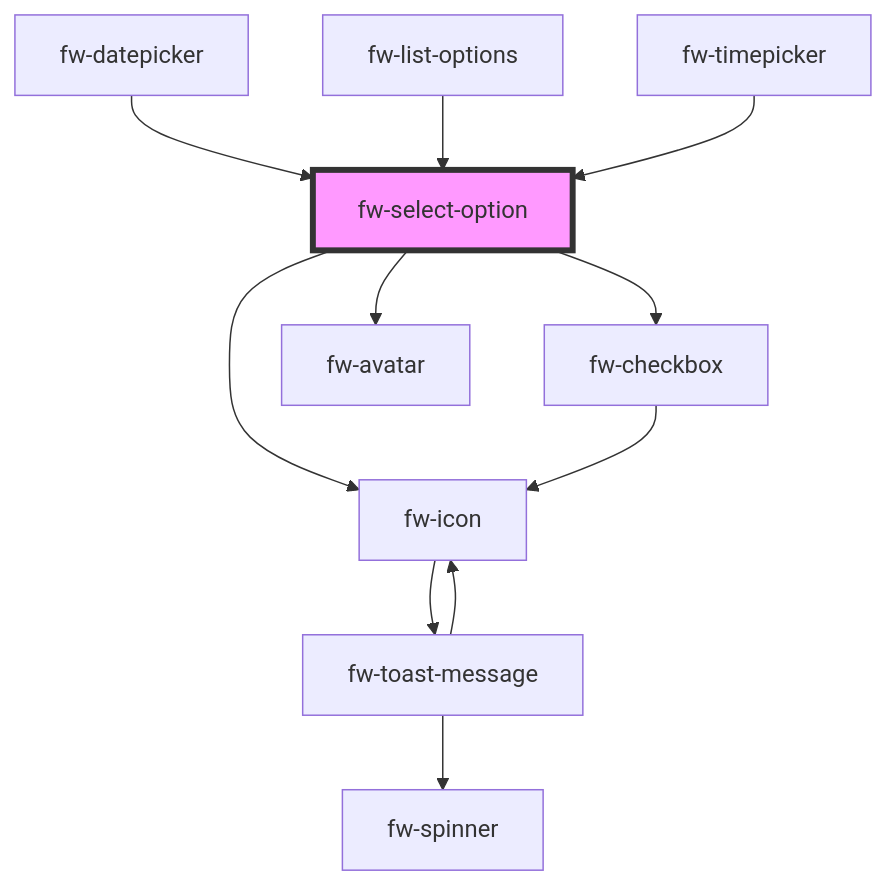
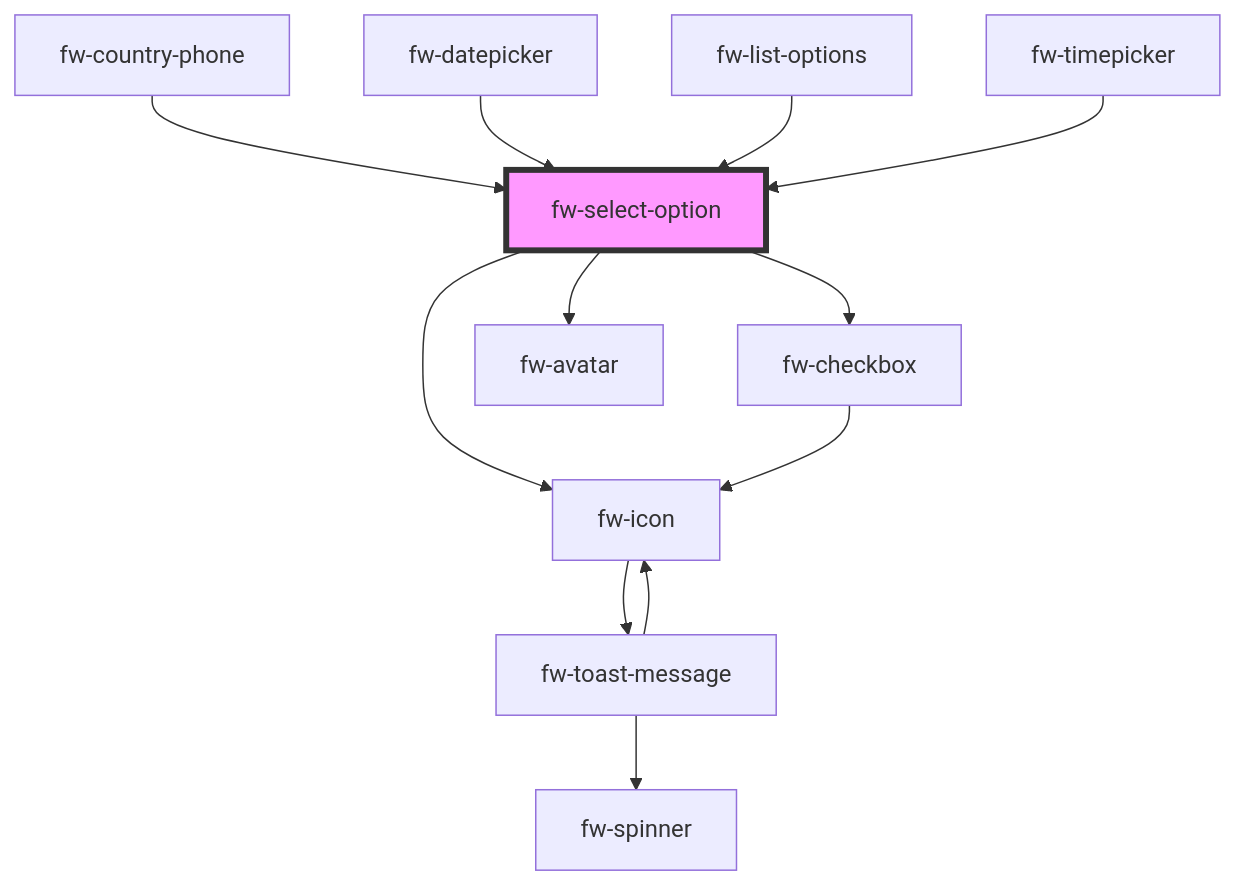
The diagram in packages/crayons-core/src/components/select-option/readme.md (freshworks/crayons), drawn with Mermaid before and after one commit. The commit also changed other lines of this file and 16 other files, not shown here.

````diff
--- a/packages/crayons-core/src/components/select-option/readme.md
+++ b/packages/crayons-core/src/components/select-option/readme.md
@@ -155,14 +156,15 @@
 ```mermaid
 graph TD;
   fw-select-option --> fw-icon
   fw-select-option --> fw-checkbox
   fw-select-option --> fw-avatar
   fw-icon --> fw-toast-message
   fw-toast-message --> fw-spinner
   fw-toast-message --> fw-icon
   fw-checkbox --> fw-icon
+  fw-country-phone --> fw-select-option
   fw-datepicker --> fw-select-option
   fw-list-options --> fw-select-option
   fw-timepicker --> fw-select-option
   style fw-select-option fill:#f9f,stroke:#333,stroke-width:4px
 ```
````
